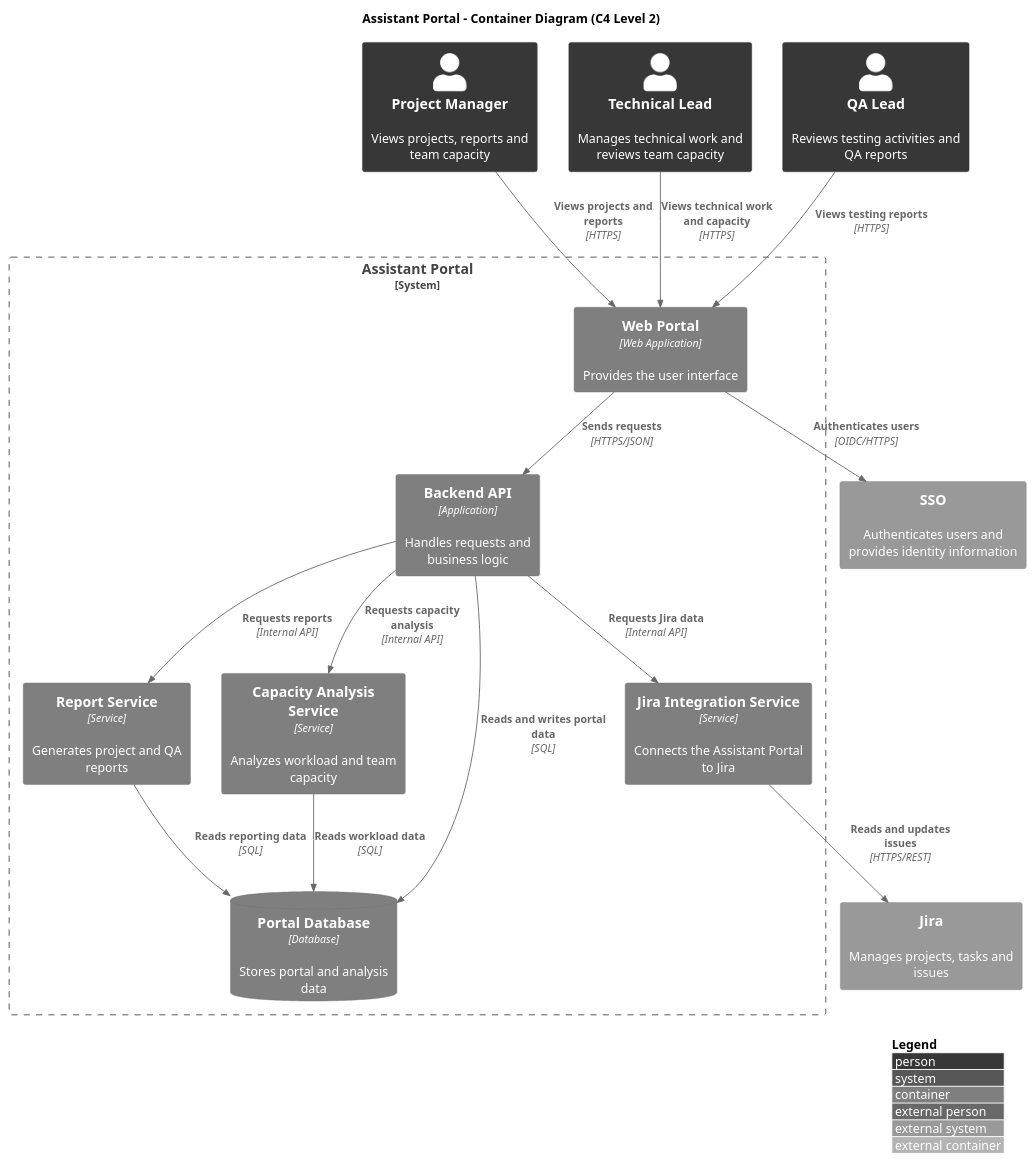
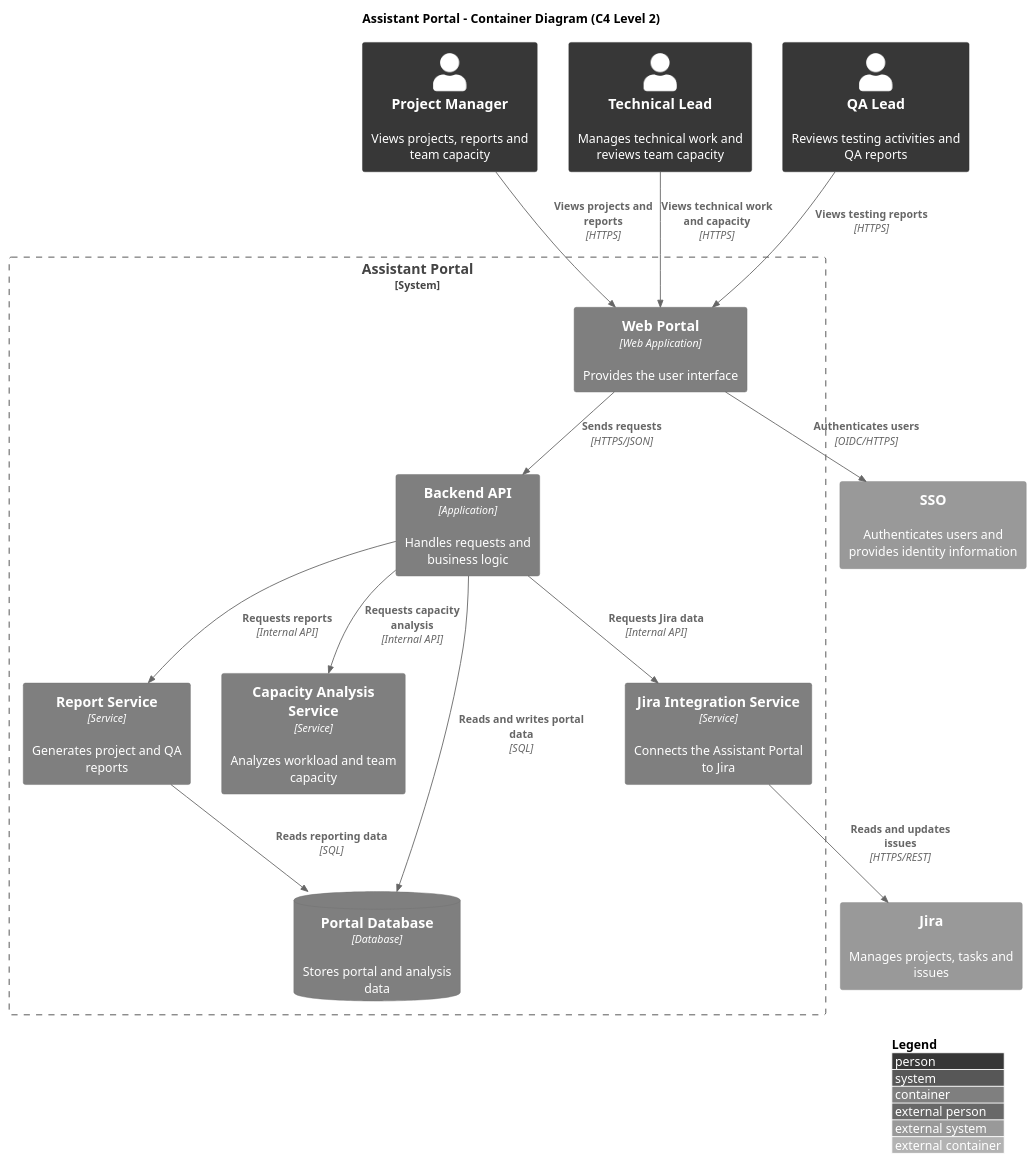
One commit to Reemaad/SDLC-assistant-system changed the diagram in docs/containers.puml. Above: the diagram before and after it, drawn with PlantUML. The commit also changed 2 other files, not shown here.

```diff
--- a/docs/containers.puml
+++ b/docs/containers.puml
@@ -4,68 +4,65 @@
 @startuml
 
 ' Load the C4 shapes for a Level 2 Container diagram.
 !include <C4/C4_Container>
 
 ' Remove colours from the diagram.
 skinparam monochrome true
 
 title Assistant Portal - Container Diagram (C4 Level 2)
 
 ' Automatically arrange the diagram and display the C4 legend.
 LAYOUT_WITH_LEGEND()
 
 ' People who use the Assistant Portal.
 Person(pm, "Project Manager", "Views projects, reports and team capacity")
 
 Person(technicalLead, "Technical Lead", "Manages technical work and reviews team capacity")
 
 Person(qaLead, "QA Lead", "Reviews testing activities and QA reports")
 
 ' The Assistant Portal system and its internal containers.
 System_Boundary(assistantPortal, "Assistant Portal") {
 
     Container(webPortal, "Web Portal", "Web Application", "Provides the user interface")
 
     Container(backendApi, "Backend API", "Application", "Handles requests and business logic")
 
     Container(reportService, "Report Service", "Service", "Generates project and QA reports")
 
     Container(capacityService, "Capacity Analysis Service", "Service", "Analyzes workload and team capacity")
 
     Container(jiraIntegration, "Jira Integration Service", "Service", "Connects the Assistant Portal to Jira")
 
     ContainerDb(portalDatabase, "Portal Database", "Database", "Stores portal and analysis data")
 }
 
 ' External systems that we do not own or control.
 System_Ext(jira, "Jira", "Manages projects, tasks and issues")
 
 System_Ext(sso, "SSO", "Authenticates users and provides identity information")
 
 ' Relationships between users and the Web Portal.
 Rel(pm, webPortal, "Views projects and reports", "HTTPS")
 
 Rel(technicalLead, webPortal, "Views technical work and capacity", "HTTPS")
 
 Rel(qaLead, webPortal, "Views testing reports", "HTTPS")
 
 ' Relationships between the containers.
 Rel(webPortal, sso, "Authenticates users", "OIDC/HTTPS")
 
 Rel(webPortal, backendApi, "Sends requests", "HTTPS/JSON")
 
 Rel(backendApi, reportService, "Requests reports", "Internal API")
 
 Rel(backendApi, capacityService, "Requests capacity analysis", "Internal API")
 
 Rel(backendApi, jiraIntegration, "Requests Jira data", "Internal API")
 
 Rel(backendApi, portalDatabase, "Reads and writes portal data", "SQL")
 
 Rel(reportService, portalDatabase, "Reads reporting data", "SQL")
-
-Rel(capacityService, portalDatabase, "Reads workload data", "SQL")
-
 Rel(jiraIntegration, jira, "Reads and updates issues", "HTTPS/REST")
 
 @enduml
```
